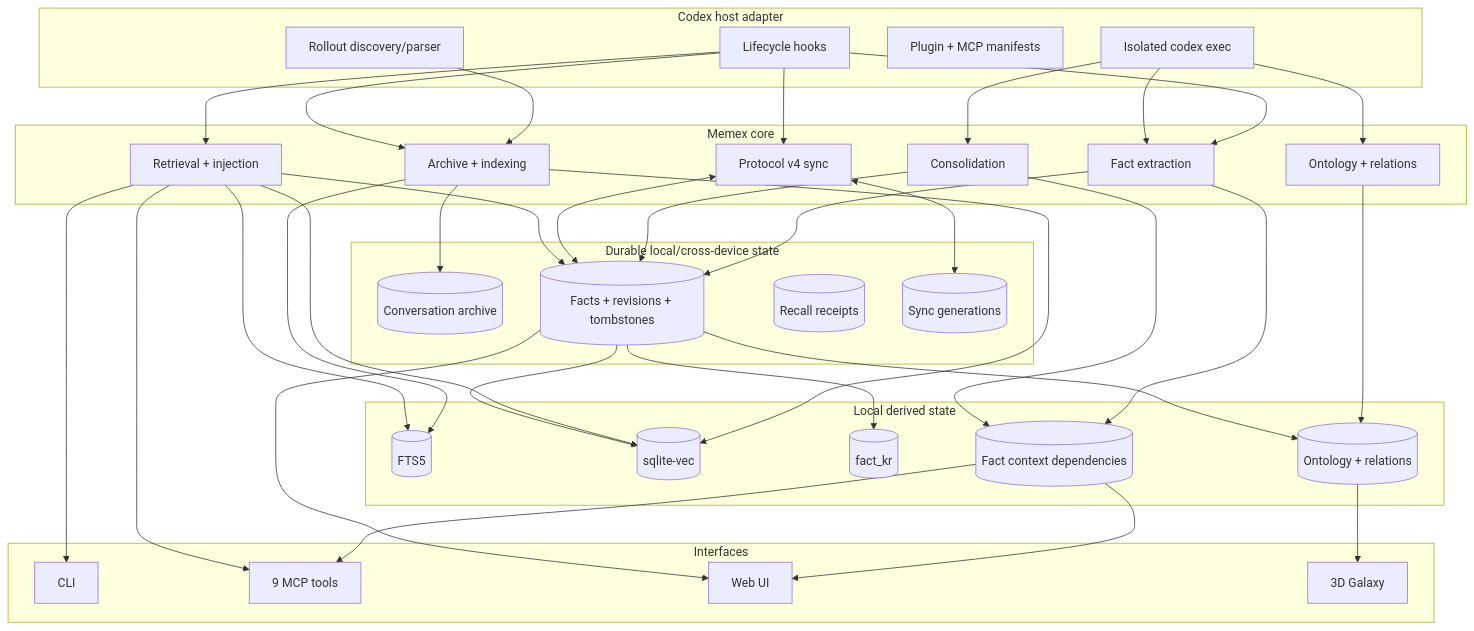
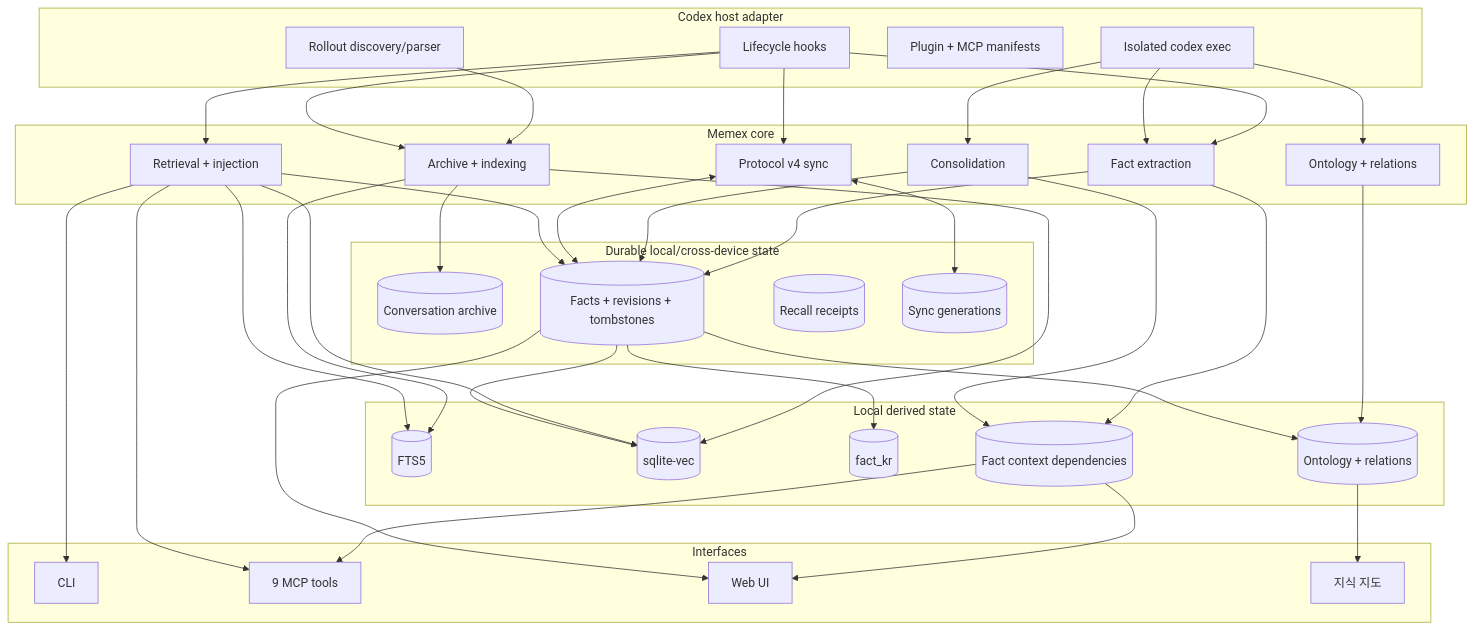
The first of 2 diagrams in docs/ARCHITECTURE.md (BongSuCHOI/memex), drawn with Mermaid before and after one commit. The commit also changed other lines of this file and 56 other files, not shown here.

````diff
--- a/docs/ARCHITECTURE.md
+++ b/docs/ARCHITECTURE.md
@@ -21,73 +21,73 @@
 ```mermaid
 flowchart TB
     subgraph Host[Codex host adapter]
       Rollout[Rollout discovery/parser]
       Hooks[Lifecycle hooks]
       Plugin[Plugin + MCP manifests]
       Exec[Isolated codex exec]
     end
 
     subgraph Core[Memex core]
       ArchiveIndex[Archive + indexing]
       Extract[Fact extraction]
       Consolidate[Consolidation]
       Sync[Protocol v4 sync]
       Retrieve[Retrieval + injection]
       Ontology[Ontology + relations]
     end
 
     subgraph Durable[Durable local/cross-device state]
       Archive[(Conversation archive)]
       Facts[(Facts + revisions + tombstones)]
       Recall[(Recall receipts)]
       Generations[(Sync generations)]
     end
 
     subgraph Derived[Local derived state]
       FTS[(FTS5)]
       Vec[(sqlite-vec)]
       KR[(fact_kr)]
       Tax[(Ontology + relations)]
       Context[(Fact context dependencies)]
     end
 
     subgraph Interfaces[Interfaces]
       CLI[CLI]
       MCP[9 MCP tools]
       UI[Web UI]
-      Galaxy[3D Galaxy]
+      Map[지식 지도]
     end
 
     Rollout --> ArchiveIndex
     Hooks --> ArchiveIndex
     Hooks --> Extract
     Hooks --> Sync
     Hooks --> Retrieve
     Exec --> Extract
     Exec --> Consolidate
     Exec --> Ontology
 
     ArchiveIndex --> Archive
     ArchiveIndex --> FTS
     ArchiveIndex --> Vec
     Extract --> Facts
     Extract --> Context
     Consolidate --> Facts
     Consolidate --> Context
     Sync <--> Generations
     Sync <--> Facts
     Retrieve --> Facts
     Retrieve --> FTS
     Retrieve --> Vec
     Ontology --> Tax
     Facts --> KR
     Facts --> Tax
     Facts --> Vec
     Context --> UI
     Context --> MCP
 
     Retrieve --> CLI
     Retrieve --> MCP
     Facts --> UI
-    Tax --> Galaxy
+    Tax --> Map
 ```
````
